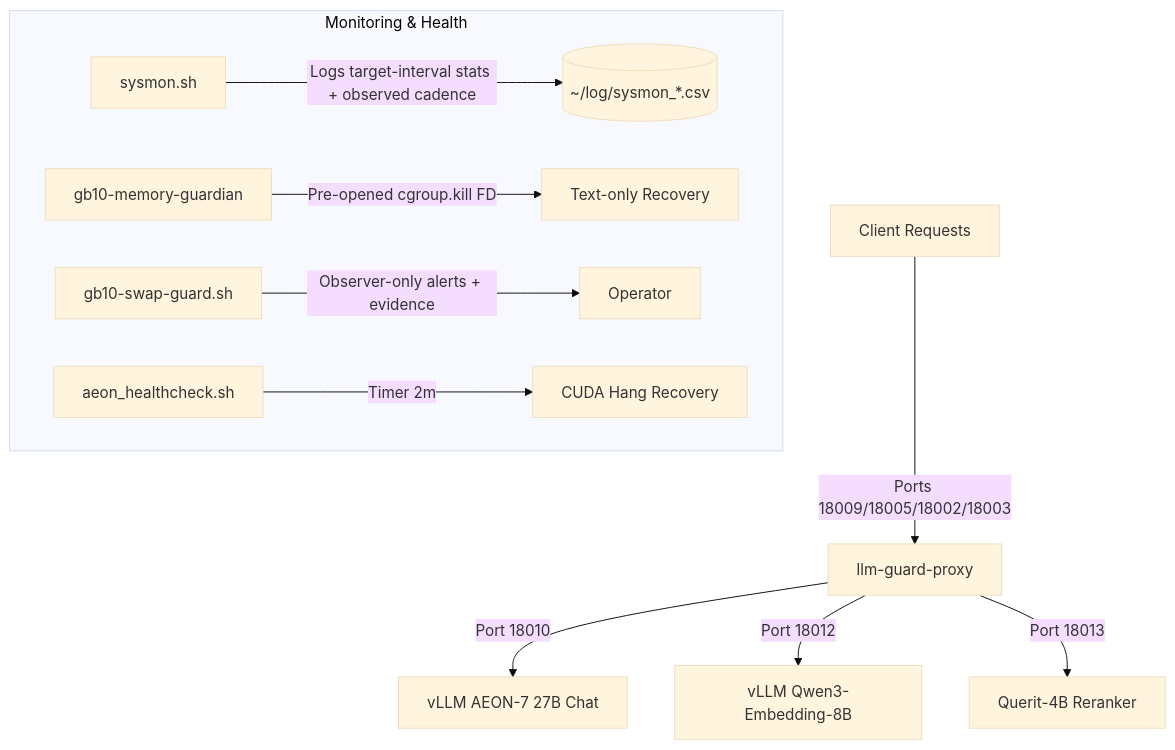
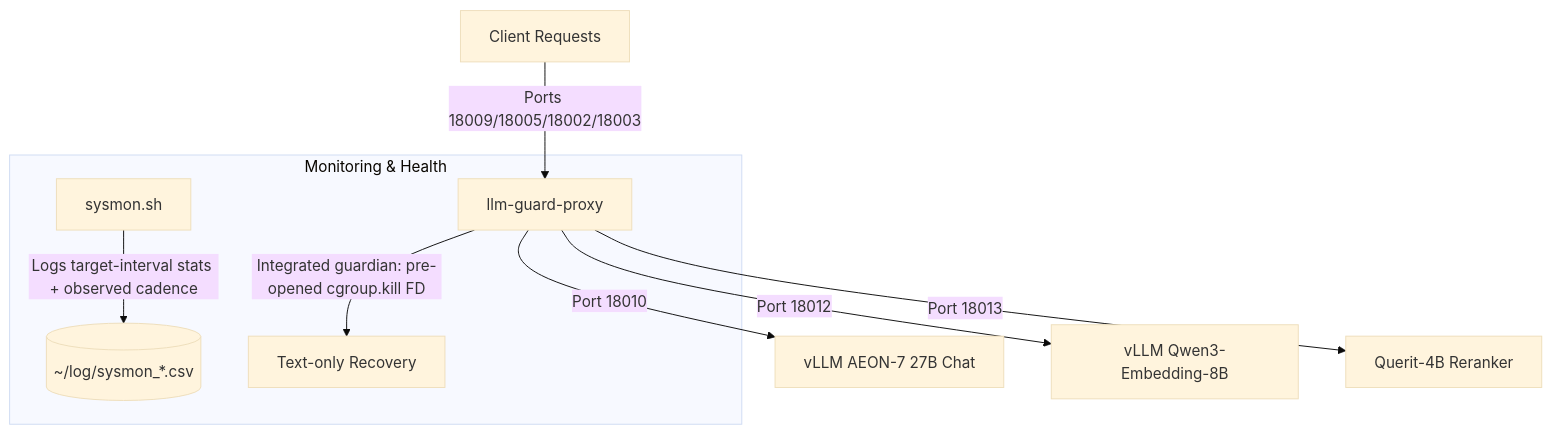
Before and after one commit to RyderFreeman4Logos/gb10-services: the diagram in README.md, drawn with Mermaid (base theme). The commit also changed other lines of this file and 35 other files, not shown here.

Commit message:
ops: integrate 5G guardian and lower text util to 0.355

````diff
--- a/README.md
+++ b/README.md
@@ -11,14 +11,12 @@
 ```mermaid
 graph TD
     Client[Client Requests] -->|Ports 18009/18005/18002/18003| Proxy[llm-guard-proxy]
     Proxy -->|Port 18010| AEON[vLLM AEON-7 27B Chat]
     Proxy -->|Port 18012| Embed[vLLM Qwen3-Embedding-8B]
     Proxy -->|Port 18013| Rerank[Querit-4B Reranker]
 
     subgraph Monitoring & Health
         Sysmon[sysmon.sh] -->|Logs target-interval stats + observed cadence| CSV[(~/log/sysmon_*.csv)]
-        RustGuardian[gb10-memory-guardian] -->|Pre-opened cgroup.kill FD| TextRecovery[Text-only Recovery]
-        SwapGuard[gb10-swap-guard.sh] -->|Observer-only alerts + evidence| Ops[Operator]
-        HCheck[aeon_healthcheck.sh] -->|Timer 2m| HangRecovery[CUDA Hang Recovery]
+        Proxy -->|Integrated guardian: pre-opened cgroup.kill FD| TextRecovery[Text-only Recovery]
     end
 ```
````
